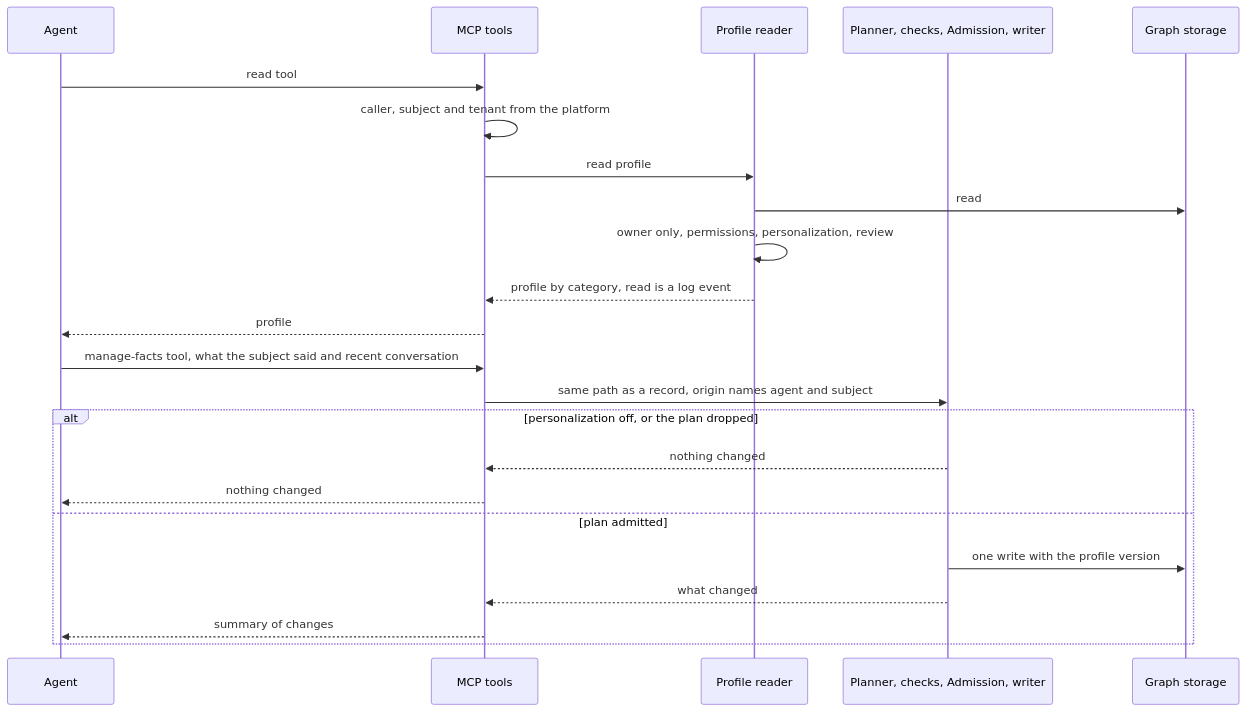
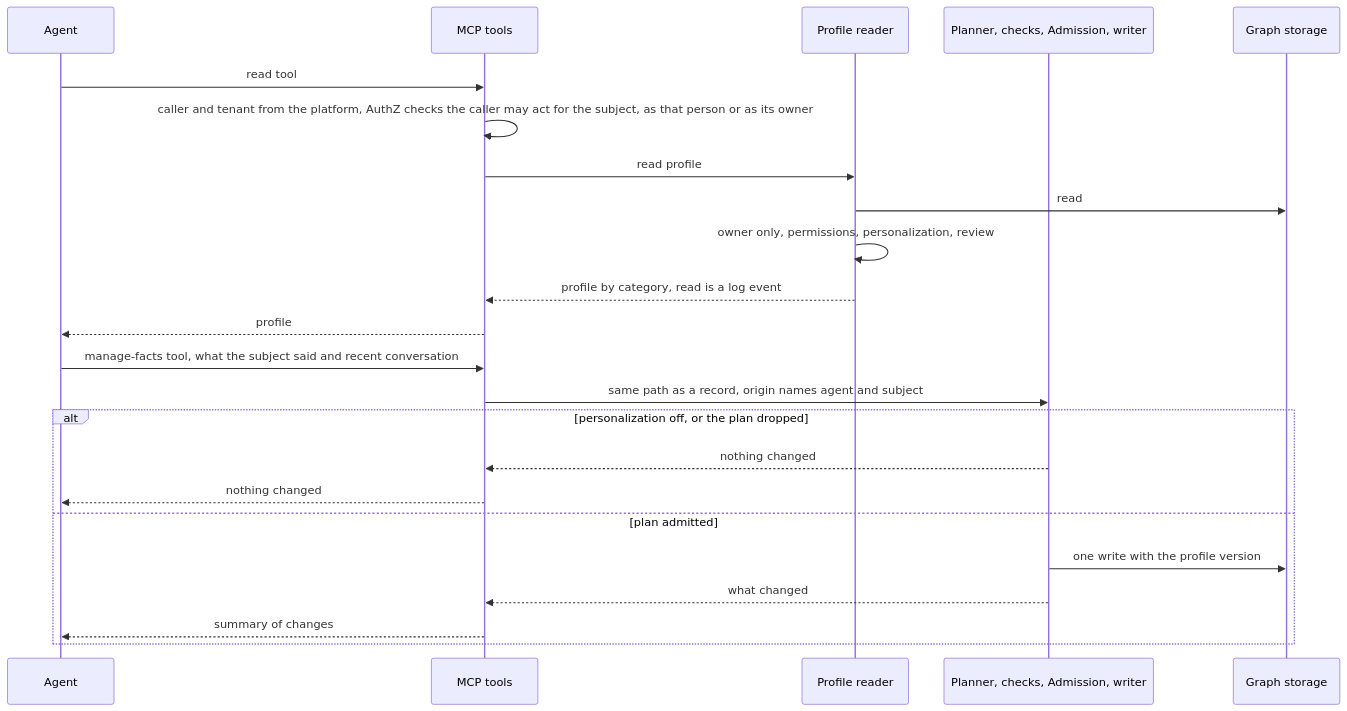
One commit to AndIConstructor/gears-rust changed the sixth of 9 diagrams in gears/construct/docs/DESIGN.md. Above: the diagram before and after it, drawn with Mermaid. The commit also changed other lines of this file and 3 other files, not shown here.

````diff
--- a/gears/construct/docs/DESIGN.md
+++ b/gears/construct/docs/DESIGN.md
@@ -826,25 +828,25 @@
 ```mermaid
 sequenceDiagram
     participant AG as Agent
     participant MT as MCP tools
     participant PR as Profile reader
     participant PL as Planner, checks, Admission, writer
     participant GS as Graph storage
     AG->>MT: read tool
-    MT->>MT: caller, subject and tenant from the platform
+    MT->>MT: caller and tenant from the platform, AuthZ checks the caller may act for the subject, as that person or as its owner
     MT->>PR: read profile
     PR->>GS: read
     PR->>PR: owner only, permissions, personalization, review
     PR-->>MT: profile by category, read is a log event
     MT-->>AG: profile
     AG->>MT: manage-facts tool, what the subject said and recent conversation
     MT->>PL: same path as a record, origin names agent and subject
     alt personalization off, or the plan dropped
         PL-->>MT: nothing changed
         MT-->>AG: nothing changed
     else plan admitted
         PL->>GS: one write with the profile version
         PL-->>MT: what changed
         MT-->>AG: summary of changes
     end
 ```
````
